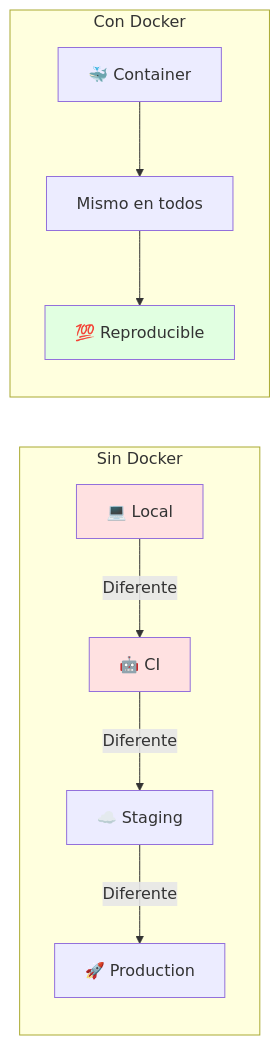
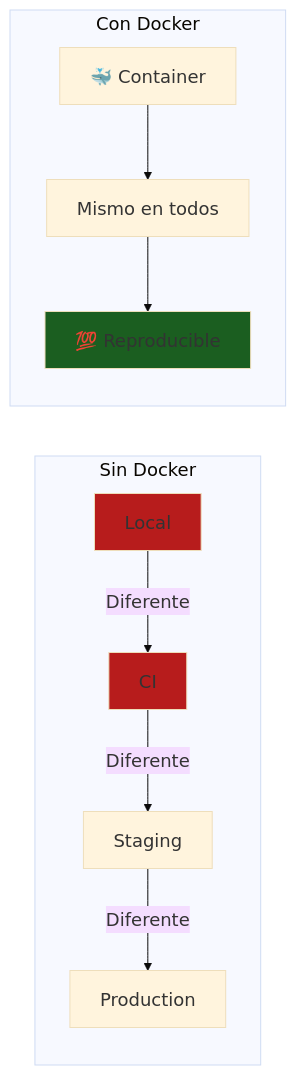
One commit to Ai-Whisperers/Courses-Content changed diagram 14 of 16 in courses/🟡-development/FPUNA-2026/01-DESARROLLO-SOFTWARE/especializaciones/qa-automation/04-integracion-ci-cd.md. Above: the diagram before and after it, drawn with Mermaid. The commit also changed other lines of this file and 47 other files, not shown here.

First line of the commit message:
fix: Make all 473 diagrams WCAG AAA accessible (FPUNA-2026)

````diff
--- a/courses/🟡-development/FPUNA-2026/01-DESARROLLO-SOFTWARE/especializaciones/qa-automation/04-integracion-ci-cd.md
+++ b/courses/🟡-development/FPUNA-2026/01-DESARROLLO-SOFTWARE/especializaciones/qa-automation/04-integracion-ci-cd.md
@@ -1127,17 +1140,18 @@
 ```mermaid
+%%{init: {'theme':'base', 'themeVariables': {'fontSize':'18px'}}}%%
 graph LR
     subgraph "Sin Docker"
-        A[💻 Local] -->|Diferente| B[🤖 CI]
-        B -->|Diferente| C[☁️ Staging]
-        C -->|Diferente| D[🚀 Production]
+        A[Local] -->|Diferente| B[CI]
+        B -->|Diferente| C[Staging]
+        C -->|Diferente| D[Production]
     end
     
     subgraph "Con Docker"
         E[🐳 Container] --> F[Mismo en todos]
         F --> G[💯 Reproducible]
     end
     
-    style A fill:#FFE1E1
-    style B fill:#FFE1E1
-    style G fill:#E1FFE1
+    style A fill:#b71c1c
+    style B fill:#b71c1c
+    style G fill:#1b5e20
 ```
````
